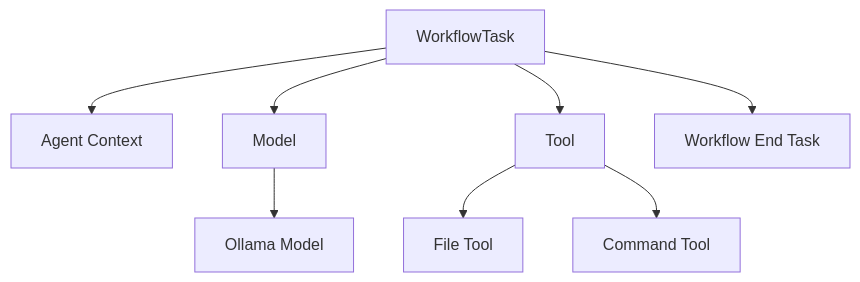
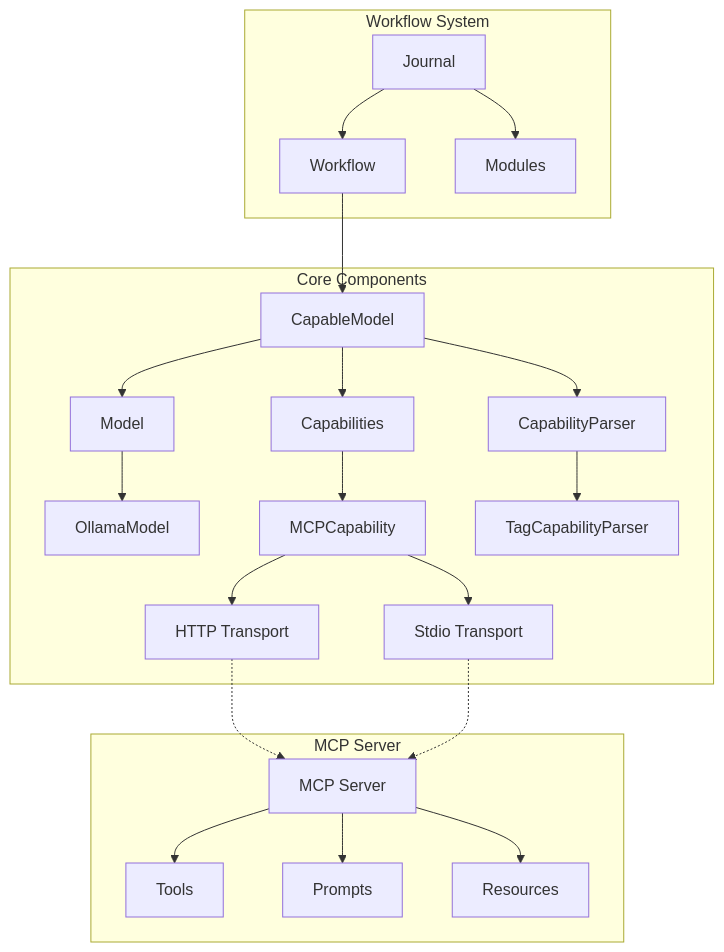
The first of 2 diagrams in README.md (liamzdenek/ferment-ai), drawn with Mermaid before and after one commit. The commit also changed other lines of this file and 4 other files, not shown here.

````diff
--- a/README.md
+++ b/README.md
@@ -30,10 +63,35 @@
 ```mermaid
 graph TD
-    WorkflowTask[WorkflowTask] --> AgentContext[Agent Context]
-    WorkflowTask --> Model[Model]
-    WorkflowTask --> Tool[Tool]
-    WorkflowTask --> WorkflowEndTask[Workflow End Task]
-    Model --> OllamaModel[Ollama Model]
-    Tool --> FileTool[File Tool]
-    Tool --> CommandTool[Command Tool]
+    subgraph "Core Components"
+        CapableModel[CapableModel] --> BaseModel[Model]
+        CapableModel --> Capabilities[Capabilities]
+        CapableModel --> Parser[CapabilityParser]
+        
+        BaseModel --> OllamaModel[OllamaModel]
+        Capabilities --> MCPCapability[MCPCapability]
+        Parser --> TagCapabilityParser[TagCapabilityParser]
+        
+        MCPCapability --> HTTPTransport[HTTP Transport]
+        MCPCapability --> StdioTransport[Stdio Transport]
+    end
+    
+    subgraph "Workflow System"
+        Workflow[Workflow] --> CapableModel
+        Journal[Journal] --> Workflow
+        Journal --> Modules[Modules]
+    end
+    
+    subgraph "MCP Server"
+        MCPServer[MCP Server]
+        Tools[Tools]
+        Prompts[Prompts]
+        Resources[Resources]
+        
+        MCPServer --> Tools
+        MCPServer --> Prompts
+        MCPServer --> Resources
+    end
+    
+    HTTPTransport -.-> MCPServer
+    StdioTransport -.-> MCPServer
 ```
````
